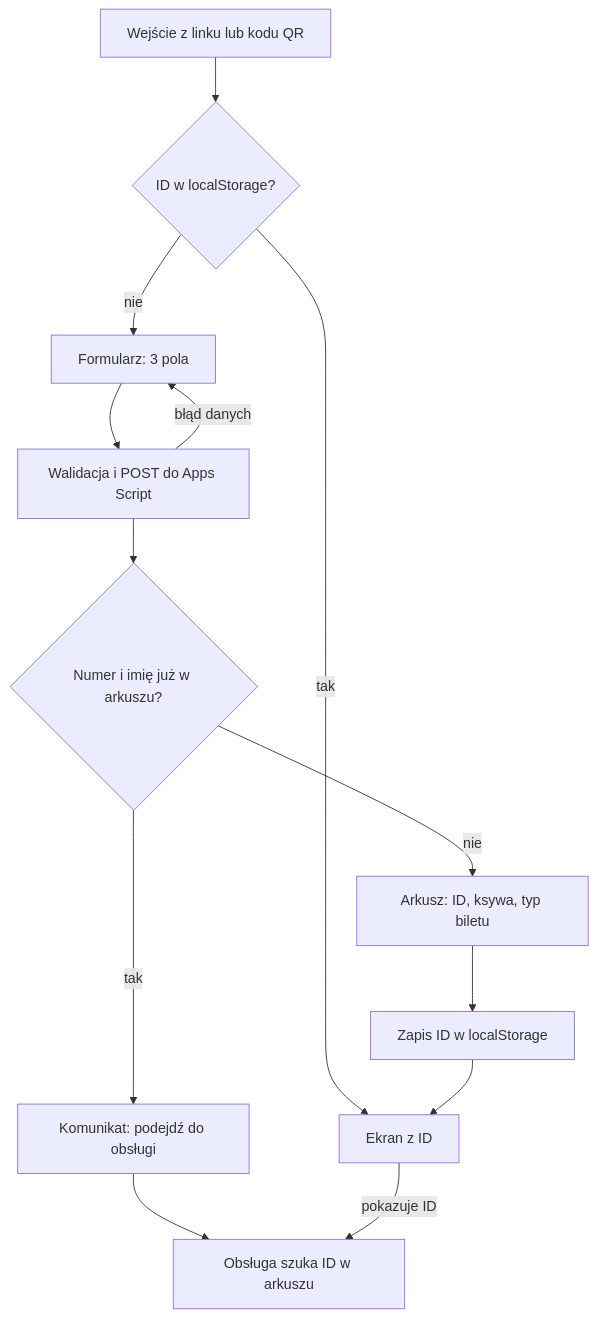
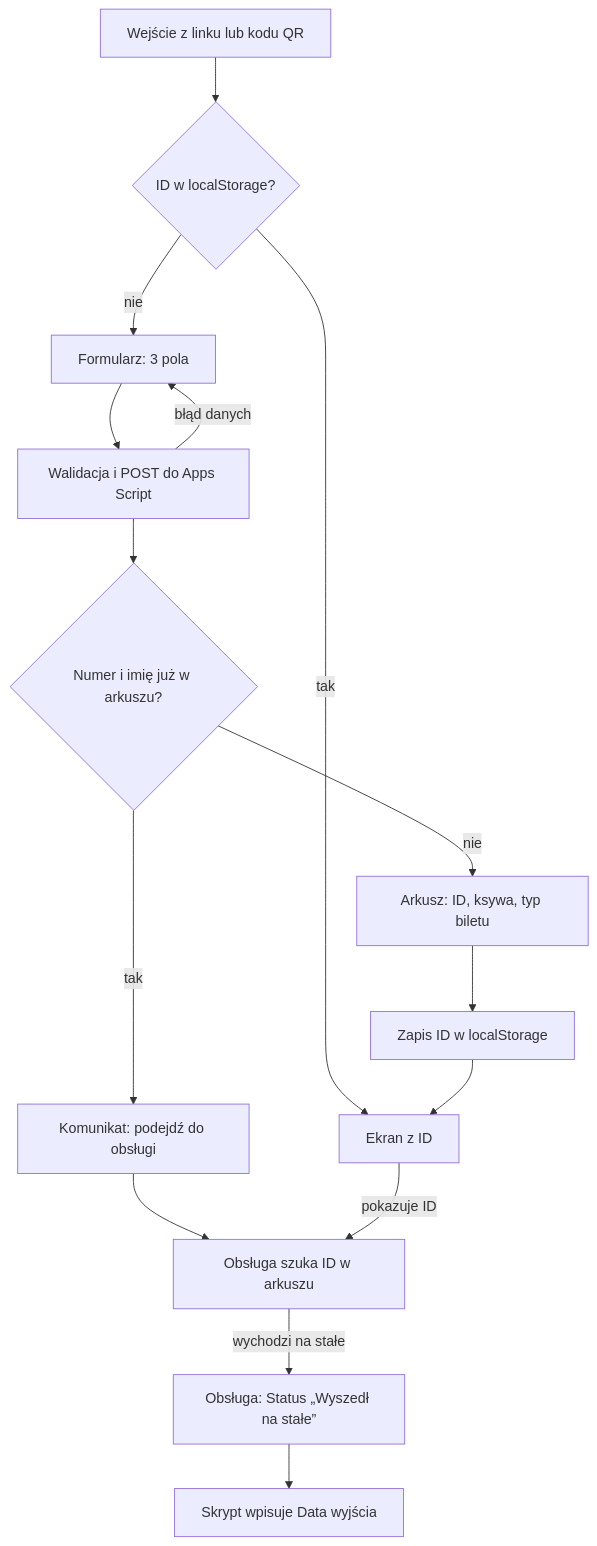
The diagram in SPEC.md (WojciechMankowski/epicroll), drawn with Mermaid before and after one commit. The commit also changed other lines of this file and 2 other files, not shown here.

First line of the commit message:
Status (Na terenie, Wyszedł na stałe), data przyjścia i wyjścia

````diff
--- a/SPEC.md
+++ b/SPEC.md
@@ -18,15 +18,17 @@
 ```mermaid
 flowchart TD
     A[Wejście z linku lub kodu QR] --> B{ID w localStorage?}
     B -- tak --> I[Ekran z ID]
     B -- nie --> C[Formularz: 3 pola]
     C --> D[Walidacja i POST do Apps Script]
     D -- błąd danych --> C
     D --> E{Numer i imię już w arkuszu?}
     E -- tak --> F[Komunikat: podejdź do obsługi]
     F --> J[Obsługa szuka ID w arkuszu]
     E -- nie --> G[Arkusz: ID, ksywa, typ biletu]
     G --> H[Zapis ID w localStorage]
     H --> I
     I -- pokazuje ID --> J
+    J -- wychodzi na stałe --> K[Obsługa: Status „Wyszedł na stałe”]
+    K --> L[Skrypt wpisuje Data wyjścia]
 ```
````
